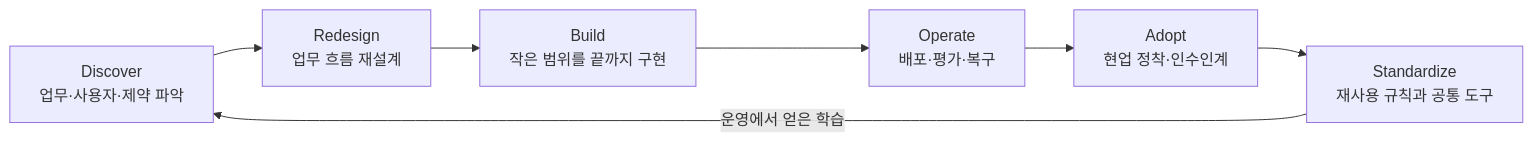
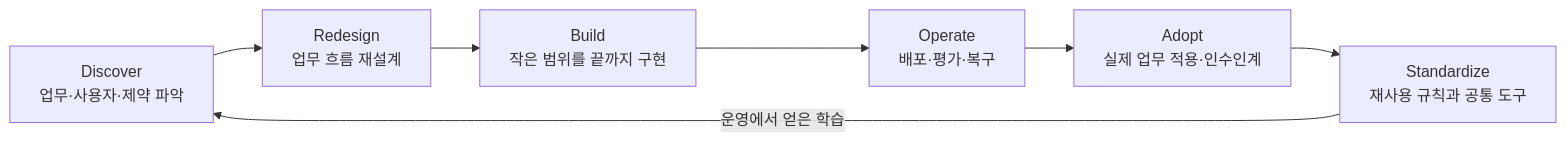
One commit to woogi-kang/ax-engineer-roadmap changed the diagram in roadmap/role-model.md. Above: the diagram before and after it, drawn with Mermaid. The commit also changed other lines of this file and 217 other files, not shown here.

First line of the commit message:
docs: refresh AX roadmap and retire legacy site (#29)

````diff
--- a/roadmap/role-model.md
+++ b/roadmap/role-model.md
@@ -25,9 +25,9 @@
 ```mermaid
 flowchart LR
     D["Discover<br/>업무·사용자·제약 파악"] --> R["Redesign<br/>업무 흐름 재설계"]
     R --> B["Build<br/>작은 범위를 끝까지 구현"]
     B --> O["Operate<br/>배포·평가·복구"]
-    O --> A["Adopt<br/>현업 정착·인수인계"]
+    O --> A["Adopt<br/>실제 업무 적용·인수인계"]
     A --> S["Standardize<br/>재사용 규칙과 공통 도구"]
     S -->|"운영에서 얻은 학습"| D
 ```
````
